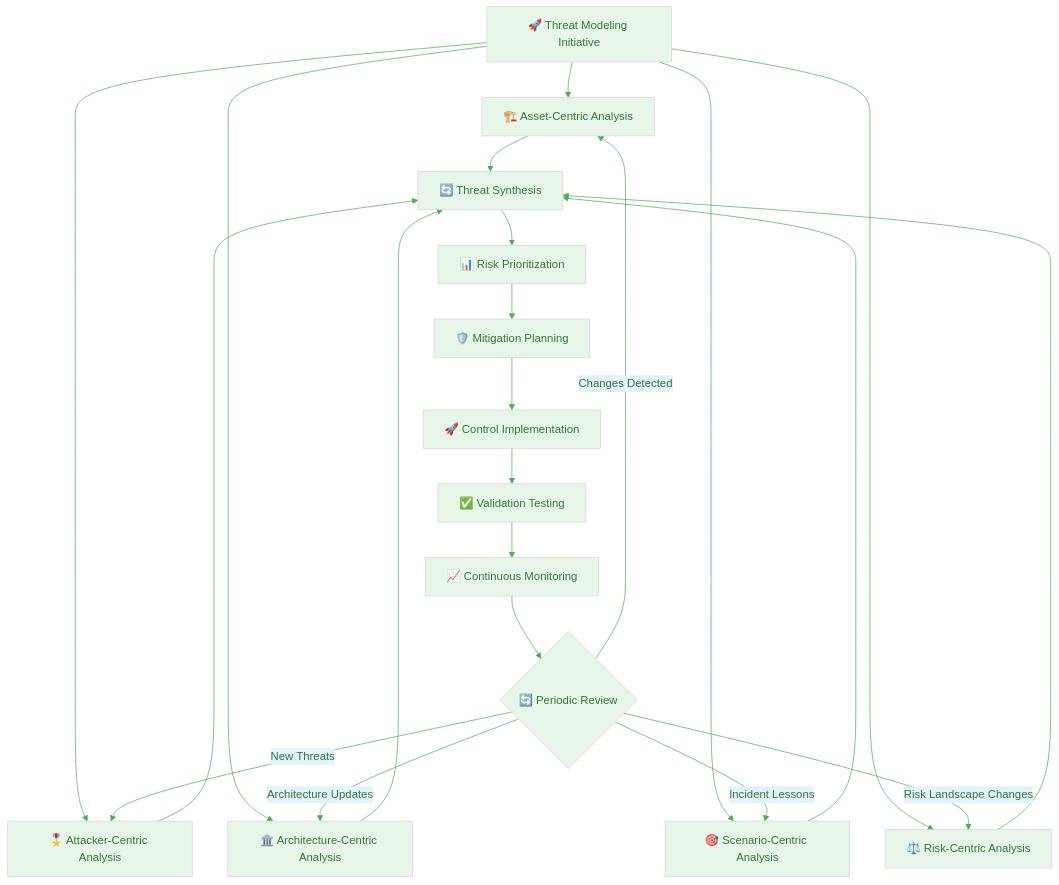
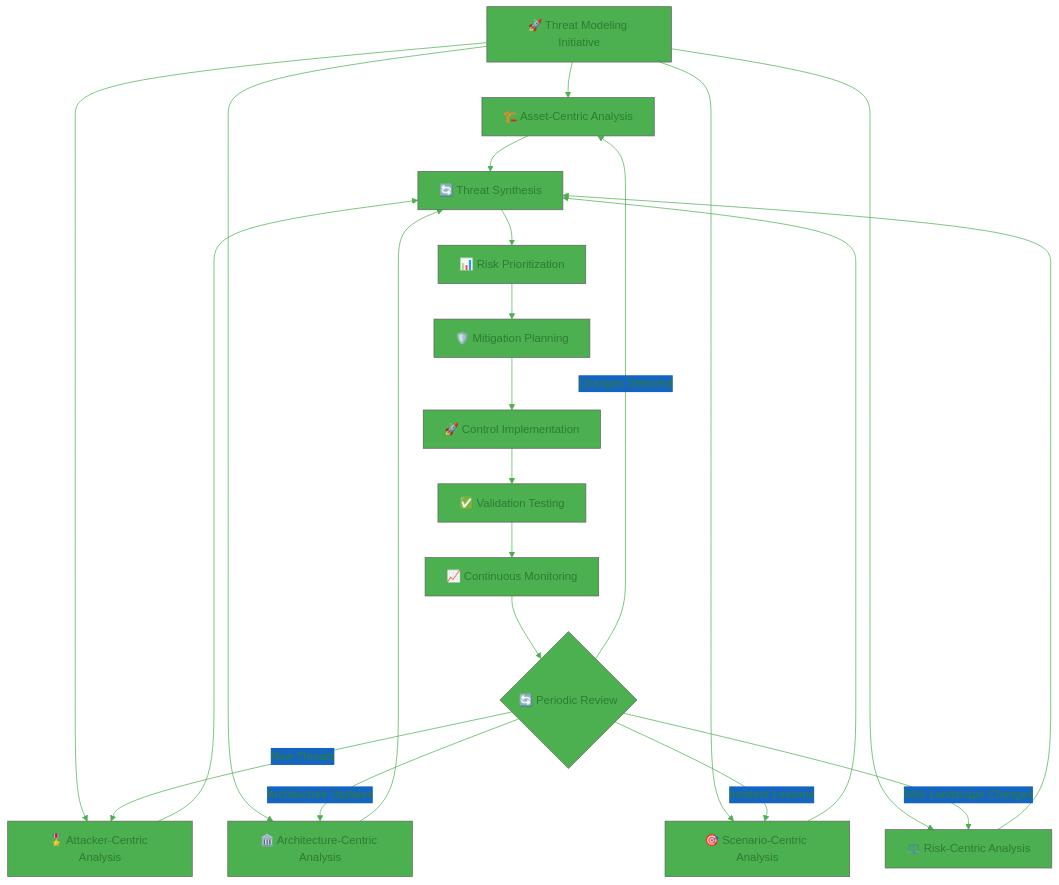
One commit to Hack23/ISMS-PUBLIC changed the ninth of 10 diagrams in Threat_Modeling.md. Above: the diagram before and after it, drawn with Mermaid. The commit also changed other lines of this file and 35 other files, not shown here.

````diff
--- a/Threat_Modeling.md
+++ b/Threat_Modeling.md
@@ -819,39 +819,39 @@
 ```mermaid
 %%{
   init: {
     'theme': 'base',
     'themeVariables': {
-      'primaryColor': '#e8f5e9',
-      'primaryTextColor': '#2e7d32',
-      'lineColor': '#4caf50',
-      'secondaryColor': '#e3f2fd',
-      'tertiaryColor': '#fff8e1'
+      'primaryColor': '#4CAF50',
+      'primaryTextColor': '#2E7D32',
+      'lineColor': '#4CAF50',
+      'secondaryColor': '#1565C0',
+      'tertiaryColor': '#FFC107'
     }
   }
 }%%
 flowchart TD
     START[🚀 Threat Modeling Initiative] --> ASSET[🏗️ Asset-Centric Analysis]
     START --> ATTACK[🎖️ Attacker-Centric Analysis]
     START --> ARCH[🏛️ Architecture-Centric Analysis]
     START --> SCENARIO[🎯 Scenario-Centric Analysis]
     START --> RISK[⚖️ Risk-Centric Analysis]
     
     ASSET --> SYNTHESIS[🔄 Threat Synthesis]
     ATTACK --> SYNTHESIS
     ARCH --> SYNTHESIS
     SCENARIO --> SYNTHESIS
     RISK --> SYNTHESIS
     
     SYNTHESIS --> PRIORITIZE[📊 Risk Prioritization]
     PRIORITIZE --> MITIGATE[🛡️ Mitigation Planning]
     MITIGATE --> IMPLEMENT[🚀 Control Implementation]
     IMPLEMENT --> VALIDATE[✅ Validation Testing]
     VALIDATE --> MONITOR[📈 Continuous Monitoring]
     
     MONITOR --> REVIEW{🔄 Periodic Review}
     REVIEW -->|Changes Detected| ASSET
     REVIEW -->|New Threats| ATTACK
     REVIEW -->|Architecture Updates| ARCH
     REVIEW -->|Incident Lessons| SCENARIO
     REVIEW -->|Risk Landscape Changes| RISK
 ```
````
